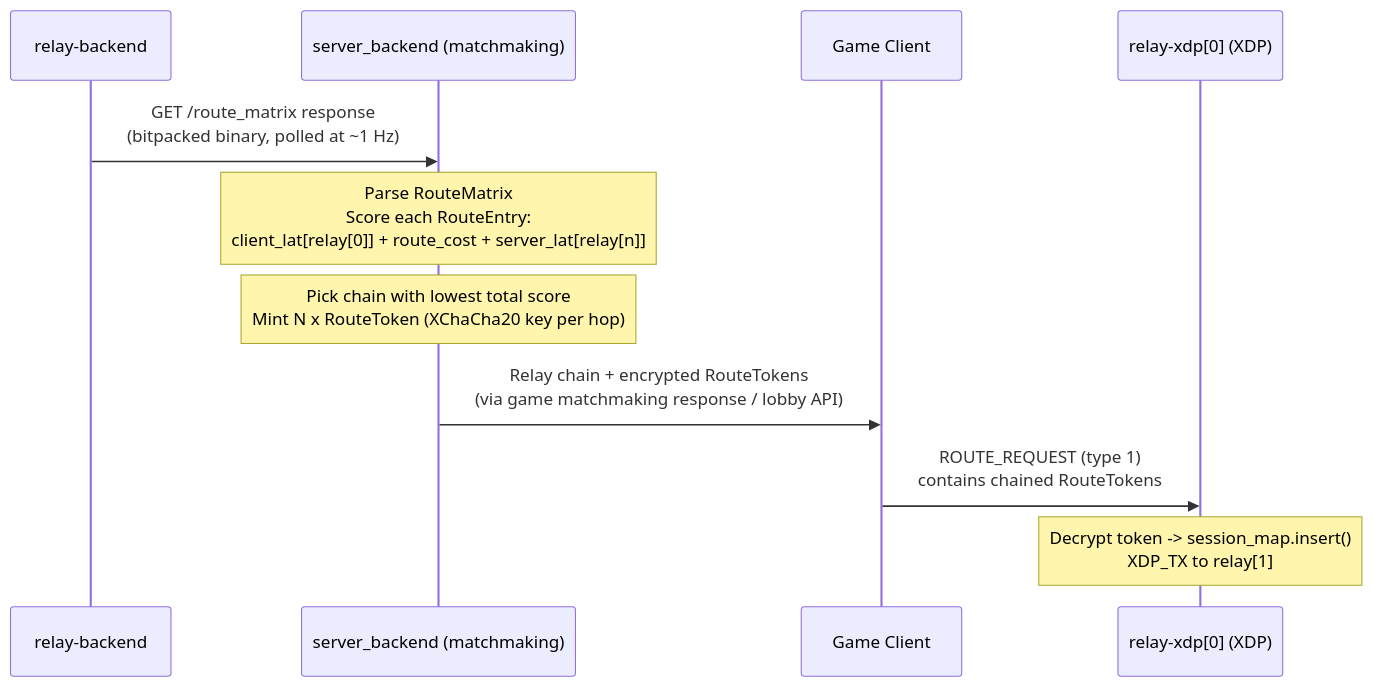
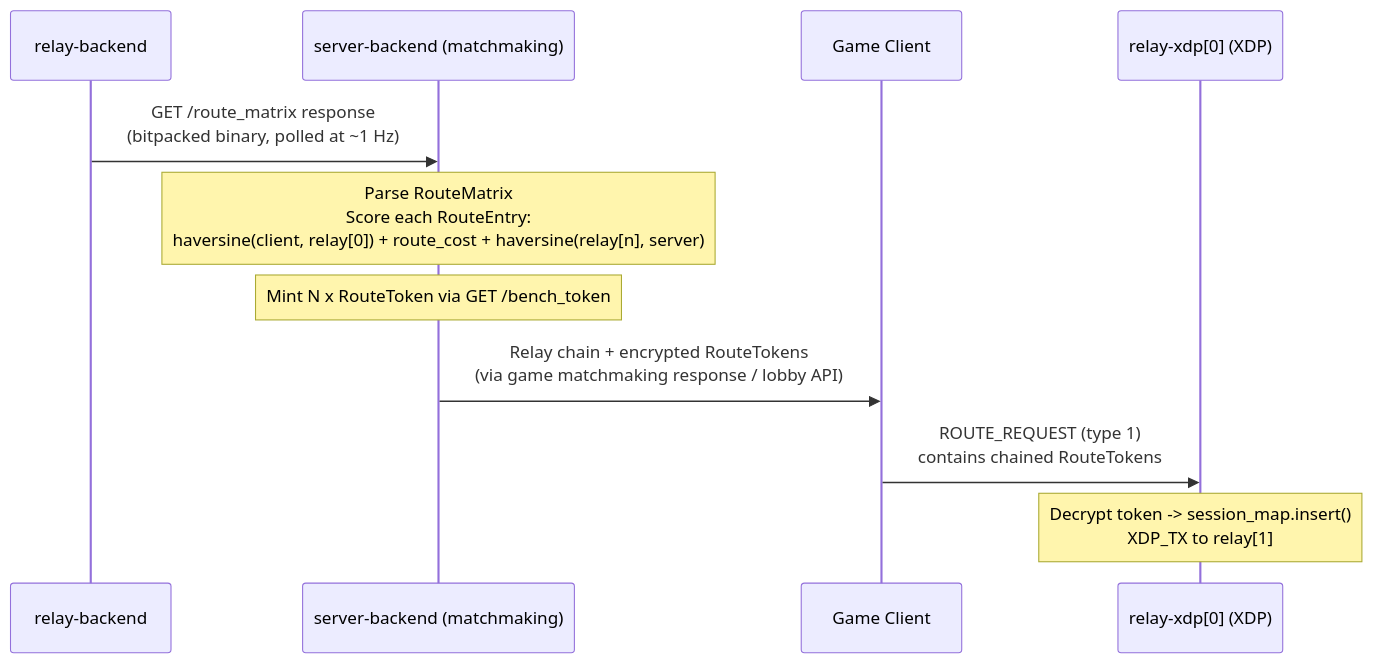
One commit to brianpht/relay-xdp changed the ninth of 12 diagrams in docs/ARCHITECTURE.md. Above: the diagram before and after it, drawn with Mermaid. The commit also changed other lines of this file and 13 other files, not shown here.

Commit message:
feat(server-backend): add initial implementation for matchmaking and session broker

````diff
--- a/docs/ARCHITECTURE.md
+++ b/docs/ARCHITECTURE.md
@@ -763,14 +825,14 @@
 ```mermaid
 sequenceDiagram
     participant RB as relay-backend
-    participant SB as server_backend (matchmaking)
+    participant SB as server-backend (matchmaking)
     participant GC as Game Client
     participant RX0 as relay-xdp[0] (XDP)
 
     RB ->> SB: GET /route_matrix response<br/>(bitpacked binary, polled at ~1 Hz)
-    Note over SB: Parse RouteMatrix<br/>Score each RouteEntry:<br/>client_lat[relay[0]] + route_cost + server_lat[relay[n]]
-    Note over SB: Pick chain with lowest total score<br/>Mint N x RouteToken (XChaCha20 key per hop)
+    Note over SB: Parse RouteMatrix<br/>Score each RouteEntry:<br/>haversine(client, relay[0]) + route_cost + haversine(relay[n], server)
+    Note over SB: Mint N x RouteToken via GET /bench_token
     SB ->> GC: Relay chain + encrypted RouteTokens<br/>(via game matchmaking response / lobby API)
     GC ->> RX0: ROUTE_REQUEST (type 1)<br/>contains chained RouteTokens
     Note over RX0: Decrypt token -> session_map.insert()<br/>XDP_TX to relay[1]
 ```
````
